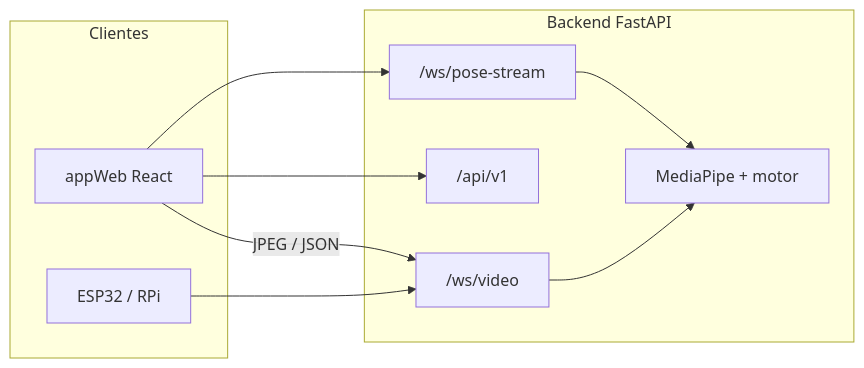
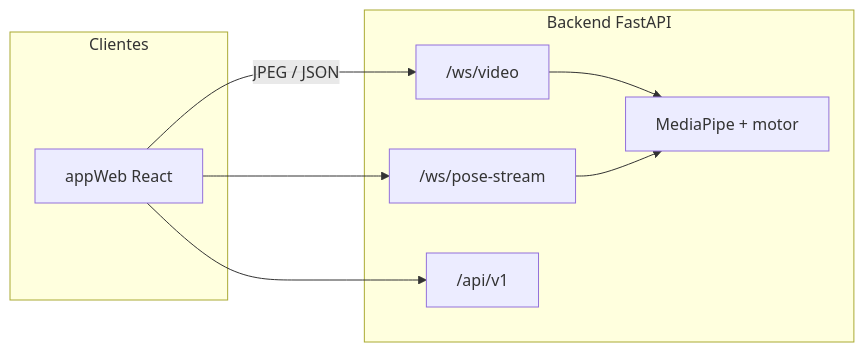
The diagram in README.md (MLToroDev/bio-motion-evaluator), drawn with Mermaid before and after one commit. The commit also changed other lines of this file and 1 other file, not shown here.

````diff
--- a/README.md
+++ b/README.md
@@ -48,19 +46,17 @@
 ```mermaid
 flowchart LR
   subgraph clients [Clientes]
     Web["appWeb React"]
-    IoT["ESP32 / RPi"]
   end
   subgraph api [Backend FastAPI]
     WSvideo["/ws/video"]
     WSpose["/ws/pose-stream"]
     REST["/api/v1"]
     MP["MediaPipe + motor"]
   end
   Web -->|JPEG / JSON| WSvideo
   Web --> REST
   Web --> WSpose
-  IoT --> WSvideo
   WSvideo --> MP
   WSpose --> MP
 ```
````
